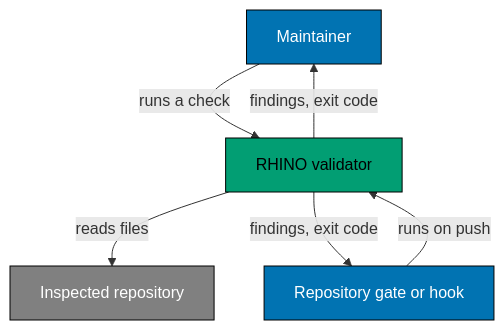
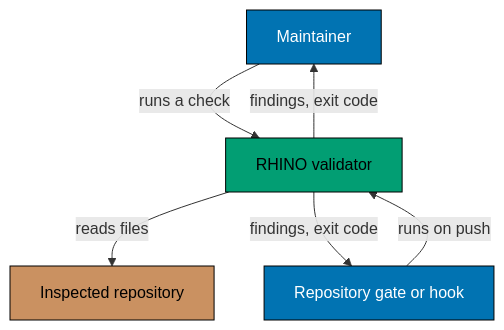
Before and after one commit to wahidyankf/rhino: the first of 3 diagrams in specs/architecture.md, drawn with Mermaid. The commit also changed 1 other file, not shown here.

Commit message:
feat(self-validation): describe RHINO in RHINO's own schema
The first consumer. Word budgets for the two instruction surfaces,
directory maps over `docs/` and `specs/`, the Okabe-Ito palette the
architecture model already draws with, an explicitly empty harness
roster, and the three directories a scan must never walk.

Running the validators against it found two diagram defects. One was a
grey fill outside the accessible family, carrying white text at a
contrast a reader with low vision cannot rely on — fixed in the
diagram. The other was a colour the palette should always have
declared — fixed in the configuration.

Claude-Session: https://claude.ai/code/session_01W7eeGfWDmiu71nmGtFASDn

````diff
--- a/specs/architecture.md
+++ b/specs/architecture.md
@@ -17,21 +17,21 @@
 ```mermaid
 graph TD
     Maintainer["Maintainer"]
     Gate["Repository gate or hook"]
     RHINO["RHINO validator"]
     Tree["Inspected repository"]
 
     Maintainer -->|runs a check| RHINO
     Gate -->|runs on push| RHINO
     RHINO -->|reads files| Tree
     RHINO -->|findings, exit code| Gate
     RHINO -->|findings, exit code| Maintainer
 
     classDef person fill:#0173B2,stroke:#000000,color:#FFFFFF
     classDef system fill:#029E73,stroke:#000000,color:#000000
-    classDef external fill:#808080,stroke:#000000,color:#FFFFFF
+    classDef external fill:#CA9161,stroke:#000000,color:#000000
 
     class Maintainer,Gate person
     class RHINO system
     class Tree external
 ```
````
